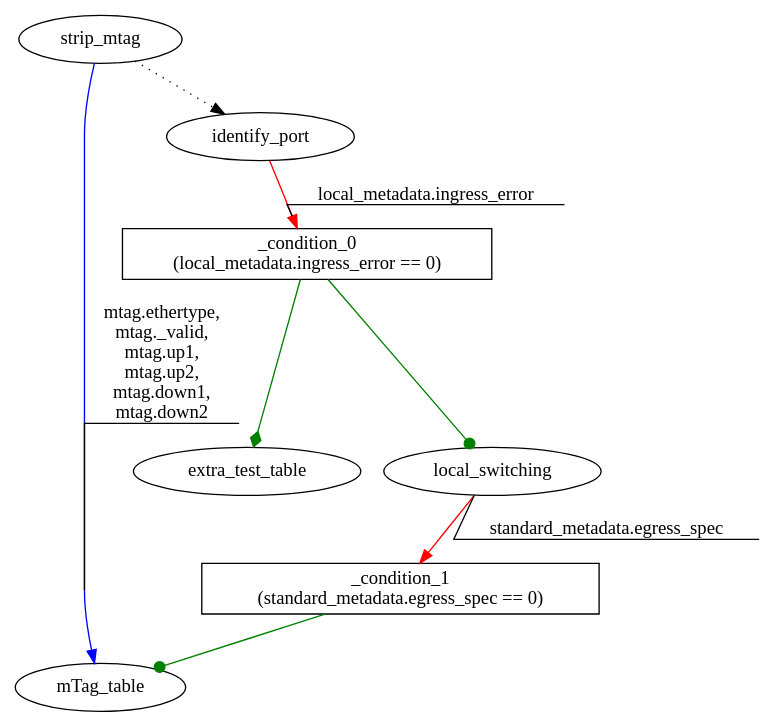
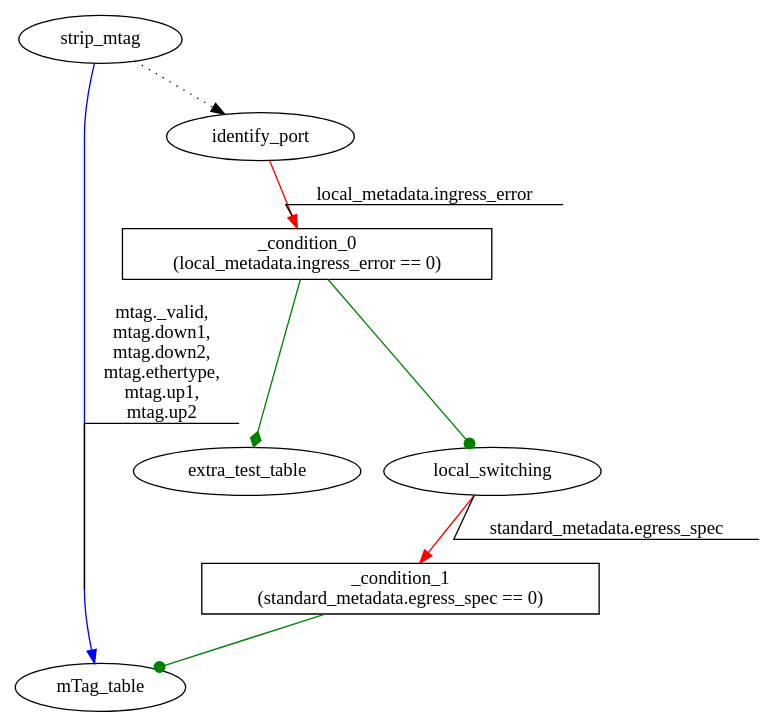
Before and after one commit to jafingerhut/p4lang-tests: the diagram in v1.0.3/mtag/out3-extra-table-access/mtag-edge.ingress.tables_dep.dot, drawn with Graphviz. The commit also changed 9 other files, not shown here.

First line of the commit message:
Use -D<SYMBOL_TO_DEFINE> command line option to p4-graphs

```diff
--- a/v1.0.3/mtag/out3-extra-table-access/mtag-edge.ingress.tables_dep.dot
+++ b/v1.0.3/mtag/out3-extra-table-access/mtag-edge.ingress.tables_dep.dot
@@ -1,16 +1,16 @@
 digraph ingress {
+_condition_0 [shape=box label="_condition_0\n(local_metadata.ingress_error == 0)"];
 _condition_1 [shape=box label="_condition_1\n(standard_metadata.egress_spec == 0)"];
-_condition_0 [shape=box label="_condition_0\n(local_metadata.ingress_error == 0)"];
-strip_mtag -> mTag_table [color=blue label="mtag.ethertype,
-mtag._valid,
-mtag.up1,
-mtag.up2,
-mtag.down1,
-mtag.down2" decorate=true];
-strip_mtag -> identify_port [style=dotted ];
-identify_port -> _condition_0 [color=red label="local_metadata.ingress_error" decorate=true];
-_condition_1 -> mTag_table [color=green label="" decorate=true arrowhead = dot];
 _condition_0 -> extra_test_table [color=green label="" decorate=true arrowhead = diamond];
 _condition_0 -> local_switching [color=green label="" decorate=true arrowhead = dot];
+_condition_1 -> mTag_table [color=green label="" decorate=true arrowhead = dot];
+identify_port -> _condition_0 [color=red label="local_metadata.ingress_error" decorate=true];
 local_switching -> _condition_1 [color=red label="standard_metadata.egress_spec" decorate=true];
+strip_mtag -> identify_port [style=dotted ];
+strip_mtag -> mTag_table [color=blue label="mtag._valid,
+mtag.down1,
+mtag.down2,
+mtag.ethertype,
+mtag.up1,
+mtag.up2" decorate=true];
 }
```
